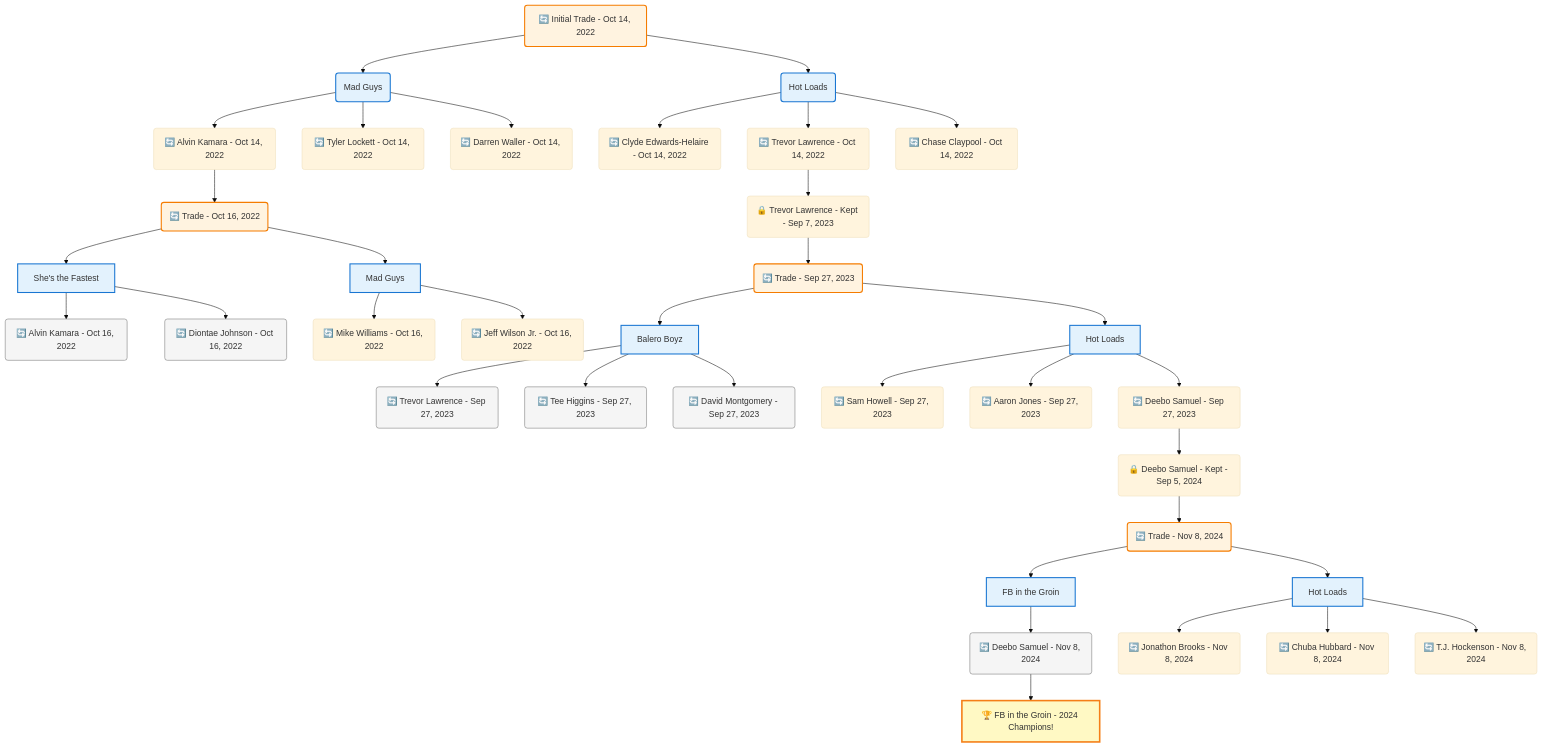
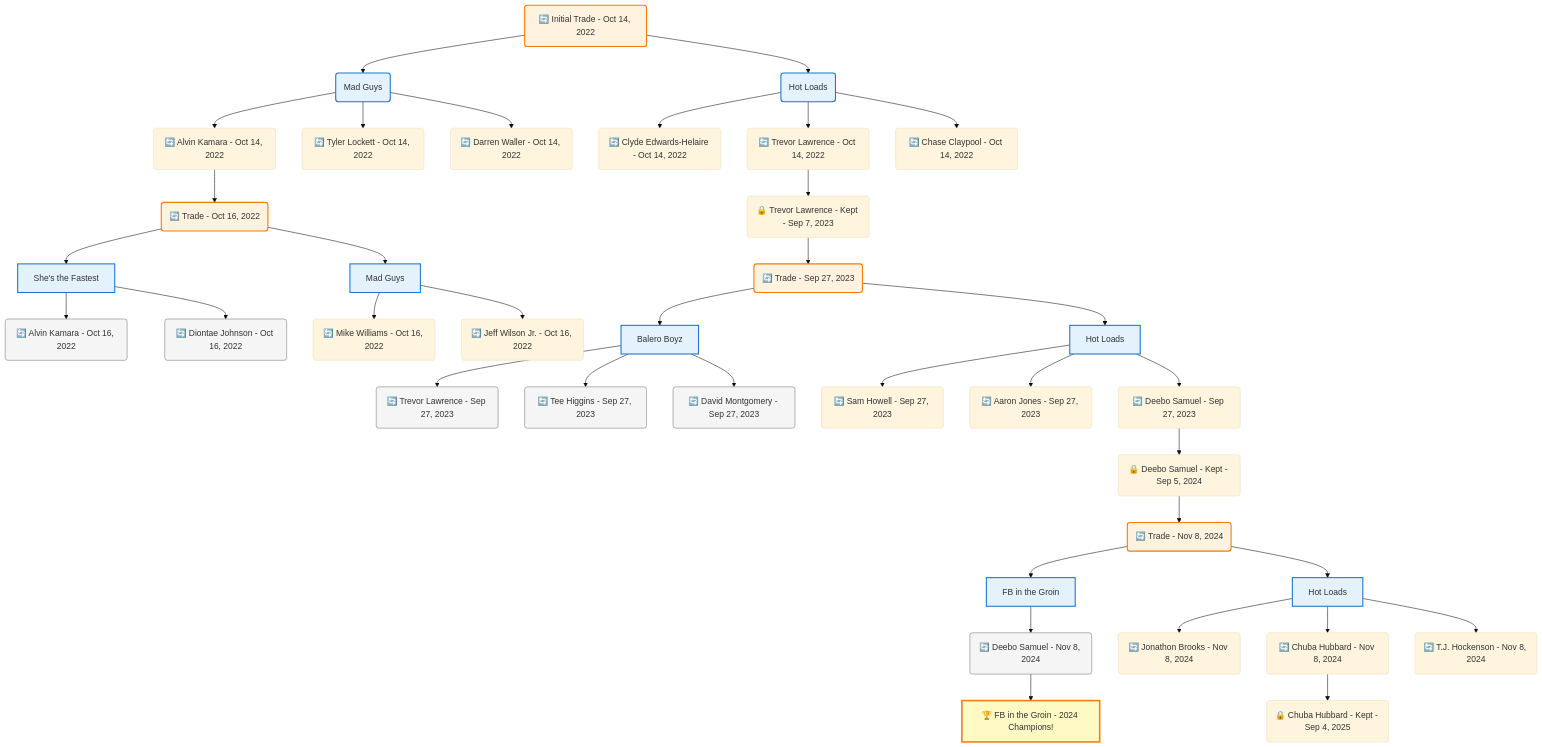
One commit to bsnooks/FantasyArchive changed the diagram in frontend/public/data/trade-trees/mermaid/ca45edf9-fdb1-4ab9-b434-47d6301a225d.mmd. Above: the diagram before and after it, drawn with Mermaid (base theme). The commit also changed 76 other files, not shown here.

```diff
--- a/frontend/public/data/trade-trees/mermaid/ca45edf9-fdb1-4ab9-b434-47d6301a225d.mmd
+++ b/frontend/public/data/trade-trees/mermaid/ca45edf9-fdb1-4ab9-b434-47d6301a225d.mmd
@@ -1,86 +1,88 @@
 flowchart TD
 
     TRADE_MAIN("🔄 Initial Trade - Oct 14, 2022")
     TEAM_1("Mad Guys")
     TEAM_2("Hot Loads")
     NODE_46c8a92c-2039-4a4a-bb93-40b3a29e8385("🔄 Alvin Kamara - Oct 14, 2022")
     TRADE_4f849ce1-9e28-4f10-9278-25b308e0f5ed_3("🔄 Trade - Oct 16, 2022")
     TEAM_4449259f-64af-44fd-9235-1facc0926234_4["She's the Fastest"]
     NODE_a35fc6aa-cac7-4845-97fe-ad25998078f3("🔄 Alvin Kamara - Oct 16, 2022")
     NODE_5905e44a-3520-4cfe-a440-b33d93d5302d("🔄 Diontae Johnson - Oct 16, 2022")
     TEAM_f5908944-6efd-40eb-af54-6c53004e0e2f_5["Mad Guys"]
     NODE_77a0fe2e-166e-456d-bfff-4cc29eb0c77c("🔄 Mike Williams - Oct 16, 2022")
     NODE_378e6466-0d48-4ac9-a253-bb5a5a5794b9("🔄 Jeff Wilson Jr. - Oct 16, 2022")
     NODE_193e99db-5c64-49ee-bebe-60e1b3864d9a("🔄 Tyler Lockett - Oct 14, 2022")
     NODE_368ce50b-e778-474e-b27e-72652b60fc74("🔄 Darren Waller - Oct 14, 2022")
     NODE_aefe1b8b-5516-4cf7-a424-7b216512ba17("🔄 Clyde Edwards-Helaire - Oct 14, 2022")
     NODE_6aeabf5a-f3d9-4940-81aa-8fd6383a4ff1("🔄 Trevor Lawrence - Oct 14, 2022")
     NODE_25edabeb-d608-4cf2-a8d9-4ac66238d4fb("🔒 Trevor Lawrence - Kept - Sep 7, 2023")
     TRADE_a87ca260-7a67-4fda-b702-48aca8c93813_6("🔄 Trade - Sep 27, 2023")
     TEAM_2feaf03e-fb22-498e-ac8f-e596b6ba7810_7["Balero Boyz"]
     NODE_a226803a-f683-470b-9e1b-2d3be487344a("🔄 Trevor Lawrence - Sep 27, 2023")
     NODE_d1321948-0010-45b8-9f9c-50ed5e494a00("🔄 Tee Higgins - Sep 27, 2023")
     NODE_c76d0f13-8bb8-4e7e-ad9e-8f2498ccd9f8("🔄 David Montgomery - Sep 27, 2023")
     TEAM_8e9f18ff-62c3-40e8-bb10-32f74cf4ee33_8["Hot Loads"]
     NODE_b53204e1-97f3-4b20-94c4-113c02694b27("🔄 Sam Howell - Sep 27, 2023")
     NODE_4a0dd846-1b74-448d-96e3-1362af9ea147("🔄 Aaron Jones - Sep 27, 2023")
     NODE_c8106337-9eec-4786-b963-273acb19ea43("🔄 Deebo Samuel - Sep 27, 2023")
     NODE_bb66c11c-c38f-45f8-aafe-16c2666b2fb1("🔒 Deebo Samuel - Kept - Sep 5, 2024")
     TRADE_cd4b66da-5ead-4972-a2db-15f8396d4b26_9("🔄 Trade - Nov 8, 2024")
     TEAM_f483ecf1-cd17-4991-854b-e52dfc957b45_10["FB in the Groin"]
     NODE_f2e1bb09-d8ba-407c-b875-729b1093b622("🔄 Deebo Samuel - Nov 8, 2024")
     CHAMP_f483ecf1-cd17-4991-854b-e52dfc957b45_2024["🏆 FB in the Groin - 2024 Champions!"]
     TEAM_8e9f18ff-62c3-40e8-bb10-32f74cf4ee33_11["Hot Loads"]
     NODE_55efec5c-40f0-4eac-aa39-112ecf0d4fdd("🔄 Jonathon Brooks - Nov 8, 2024")
     NODE_b6e6d0e1-32a1-4006-964b-12909aabe3dc("🔄 Chuba Hubbard - Nov 8, 2024")
+    NODE_75251b91-4079-4dfc-90e2-e595a2606d27("🔒 Chuba Hubbard - Kept - Sep 4, 2025")
     NODE_cca3d8c5-6676-443a-a4fc-ec20ffebb111("🔄 T.J. Hockenson - Nov 8, 2024")
     NODE_56b25d30-c0b8-46e6-87c0-d1fdf89e5b7e("🔄 Chase Claypool - Oct 14, 2022")
 
     TRADE_MAIN --> TEAM_1
     TRADE_MAIN --> TEAM_2
     TEAM_1 --> NODE_46c8a92c-2039-4a4a-bb93-40b3a29e8385
     NODE_46c8a92c-2039-4a4a-bb93-40b3a29e8385 --> TRADE_4f849ce1-9e28-4f10-9278-25b308e0f5ed_3
     TRADE_4f849ce1-9e28-4f10-9278-25b308e0f5ed_3 --> TEAM_4449259f-64af-44fd-9235-1facc0926234_4
     TEAM_4449259f-64af-44fd-9235-1facc0926234_4 --> NODE_a35fc6aa-cac7-4845-97fe-ad25998078f3
     TEAM_4449259f-64af-44fd-9235-1facc0926234_4 --> NODE_5905e44a-3520-4cfe-a440-b33d93d5302d
     TRADE_4f849ce1-9e28-4f10-9278-25b308e0f5ed_3 --> TEAM_f5908944-6efd-40eb-af54-6c53004e0e2f_5
     TEAM_f5908944-6efd-40eb-af54-6c53004e0e2f_5 --> NODE_77a0fe2e-166e-456d-bfff-4cc29eb0c77c
     TEAM_f5908944-6efd-40eb-af54-6c53004e0e2f_5 --> NODE_378e6466-0d48-4ac9-a253-bb5a5a5794b9
     TEAM_1 --> NODE_193e99db-5c64-49ee-bebe-60e1b3864d9a
     TEAM_1 --> NODE_368ce50b-e778-474e-b27e-72652b60fc74
     TEAM_2 --> NODE_aefe1b8b-5516-4cf7-a424-7b216512ba17
     TEAM_2 --> NODE_6aeabf5a-f3d9-4940-81aa-8fd6383a4ff1
     NODE_6aeabf5a-f3d9-4940-81aa-8fd6383a4ff1 --> NODE_25edabeb-d608-4cf2-a8d9-4ac66238d4fb
     NODE_25edabeb-d608-4cf2-a8d9-4ac66238d4fb --> TRADE_a87ca260-7a67-4fda-b702-48aca8c93813_6
     TRADE_a87ca260-7a67-4fda-b702-48aca8c93813_6 --> TEAM_2feaf03e-fb22-498e-ac8f-e596b6ba7810_7
     TEAM_2feaf03e-fb22-498e-ac8f-e596b6ba7810_7 --> NODE_a226803a-f683-470b-9e1b-2d3be487344a
     TEAM_2feaf03e-fb22-498e-ac8f-e596b6ba7810_7 --> NODE_d1321948-0010-45b8-9f9c-50ed5e494a00
     TEAM_2feaf03e-fb22-498e-ac8f-e596b6ba7810_7 --> NODE_c76d0f13-8bb8-4e7e-ad9e-8f2498ccd9f8
     TRADE_a87ca260-7a67-4fda-b702-48aca8c93813_6 --> TEAM_8e9f18ff-62c3-40e8-bb10-32f74cf4ee33_8
     TEAM_8e9f18ff-62c3-40e8-bb10-32f74cf4ee33_8 --> NODE_b53204e1-97f3-4b20-94c4-113c02694b27
     TEAM_8e9f18ff-62c3-40e8-bb10-32f74cf4ee33_8 --> NODE_4a0dd846-1b74-448d-96e3-1362af9ea147
     TEAM_8e9f18ff-62c3-40e8-bb10-32f74cf4ee33_8 --> NODE_c8106337-9eec-4786-b963-273acb19ea43
     NODE_c8106337-9eec-4786-b963-273acb19ea43 --> NODE_bb66c11c-c38f-45f8-aafe-16c2666b2fb1
     NODE_bb66c11c-c38f-45f8-aafe-16c2666b2fb1 --> TRADE_cd4b66da-5ead-4972-a2db-15f8396d4b26_9
     TRADE_cd4b66da-5ead-4972-a2db-15f8396d4b26_9 --> TEAM_f483ecf1-cd17-4991-854b-e52dfc957b45_10
     TEAM_f483ecf1-cd17-4991-854b-e52dfc957b45_10 --> NODE_f2e1bb09-d8ba-407c-b875-729b1093b622
     NODE_f2e1bb09-d8ba-407c-b875-729b1093b622 --> CHAMP_f483ecf1-cd17-4991-854b-e52dfc957b45_2024
     TRADE_cd4b66da-5ead-4972-a2db-15f8396d4b26_9 --> TEAM_8e9f18ff-62c3-40e8-bb10-32f74cf4ee33_11
     TEAM_8e9f18ff-62c3-40e8-bb10-32f74cf4ee33_11 --> NODE_55efec5c-40f0-4eac-aa39-112ecf0d4fdd
     TEAM_8e9f18ff-62c3-40e8-bb10-32f74cf4ee33_11 --> NODE_b6e6d0e1-32a1-4006-964b-12909aabe3dc
+    NODE_b6e6d0e1-32a1-4006-964b-12909aabe3dc --> NODE_75251b91-4079-4dfc-90e2-e595a2606d27
     TEAM_8e9f18ff-62c3-40e8-bb10-32f74cf4ee33_11 --> NODE_cca3d8c5-6676-443a-a4fc-ec20ffebb111
     TEAM_2 --> NODE_56b25d30-c0b8-46e6-87c0-d1fdf89e5b7e
 
     %% Node styling
     classDef teamNode fill:#e3f2fd,stroke:#1976d2,stroke-width:2px
     classDef tradeNode fill:#fff3e0,stroke:#f57c00,stroke-width:2px
     classDef playerNode fill:#f3e5f5,stroke:#7b1fa2,stroke-width:1px
     classDef nonRootPlayerNode fill:#f5f5f5,stroke:#757575,stroke-width:1px
     classDef endNode fill:#ffebee,stroke:#c62828,stroke-width:2px
     classDef waiverNode fill:#e8f5e8,stroke:#388e3c,stroke-width:2px
     classDef championshipNode fill:#fff9c4,stroke:#f57f17,stroke-width:3px
 
     class TEAM_1,TEAM_2,TEAM_4449259f-64af-44fd-9235-1facc0926234_4,TEAM_f5908944-6efd-40eb-af54-6c53004e0e2f_5,TEAM_2feaf03e-fb22-498e-ac8f-e596b6ba7810_7,TEAM_8e9f18ff-62c3-40e8-bb10-32f74cf4ee33_8,TEAM_f483ecf1-cd17-4991-854b-e52dfc957b45_10,TEAM_8e9f18ff-62c3-40e8-bb10-32f74cf4ee33_11 teamNode
     class CHAMP_f483ecf1-cd17-4991-854b-e52dfc957b45_2024 championshipNode
     class NODE_a35fc6aa-cac7-4845-97fe-ad25998078f3,NODE_5905e44a-3520-4cfe-a440-b33d93d5302d,NODE_a226803a-f683-470b-9e1b-2d3be487344a,NODE_d1321948-0010-45b8-9f9c-50ed5e494a00,NODE_c76d0f13-8bb8-4e7e-ad9e-8f2498ccd9f8,NODE_f2e1bb09-d8ba-407c-b875-729b1093b622 nonRootPlayerNode
     class TRADE_MAIN,TRADE_4f849ce1-9e28-4f10-9278-25b308e0f5ed_3,TRADE_a87ca260-7a67-4fda-b702-48aca8c93813_6,TRADE_cd4b66da-5ead-4972-a2db-15f8396d4b26_9 tradeNode
```
